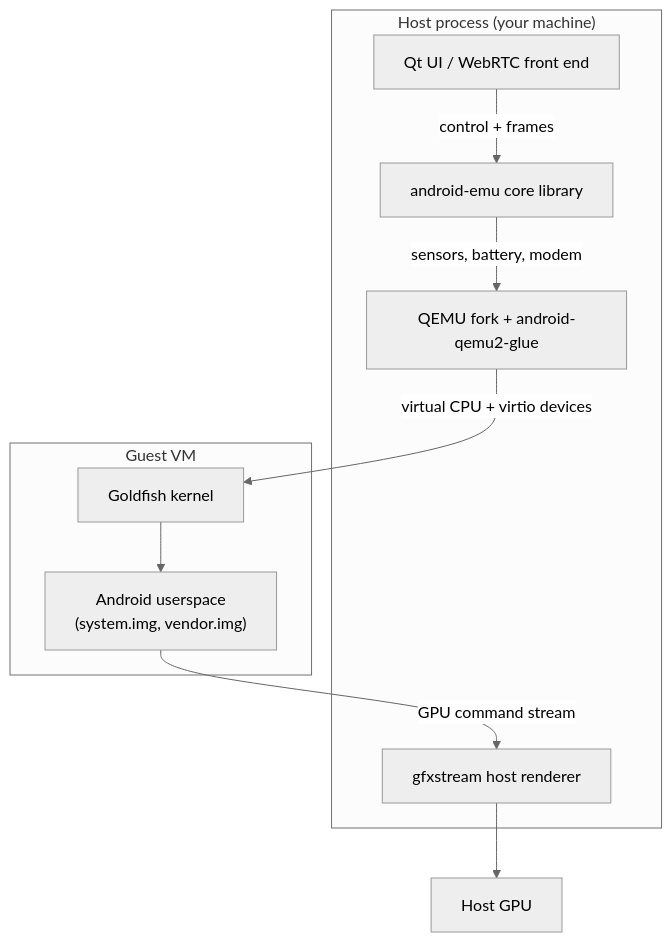
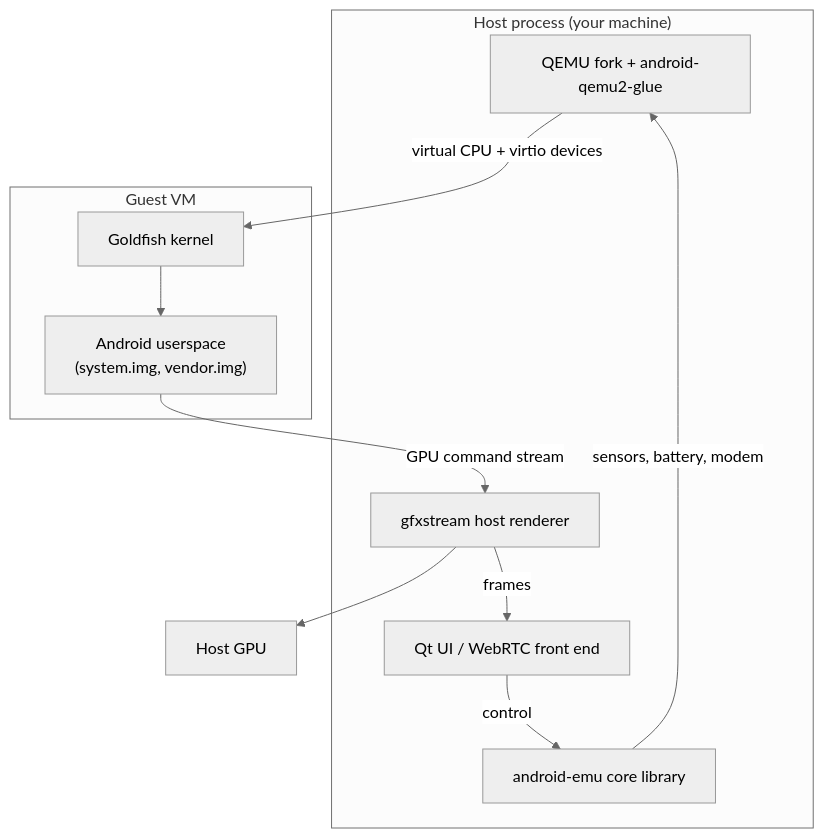
One commit to aospbooks/android-emulator-internal-book changed the first of 8 diagrams in 01-introduction.md. Above: the diagram before and after it, drawn with Mermaid (neutral theme). The commit also changed other lines of this file and 31 other files, not shown here.

````diff
--- a/01-introduction.md
+++ b/01-introduction.md
@@ -41,20 +41,21 @@
 ```mermaid
 flowchart TB
   subgraph HOST["Host process (your machine)"]
     QEMU["QEMU fork + android-qemu2-glue"]
     AEMU["android-emu core library"]
+    UI["Qt UI / WebRTC front end"]
     GFX["gfxstream host renderer"]
-    UI["Qt UI / WebRTC front end"]
   end
   subgraph GUEST["Guest VM"]
     KERNEL["Goldfish kernel"]
     AND["Android userspace<br/>(system.img, vendor.img)"]
   end
   HGPU["Host GPU"]
   QEMU -->|"virtual CPU + virtio devices"| KERNEL
   KERNEL --> AND
   AEMU -->|"sensors, battery, modem"| QEMU
   AND -->|"GPU command stream"| GFX
   GFX --> HGPU
-  UI -->|"control + frames"| AEMU
+  GFX -->|"frames"| UI
+  UI -->|"control"| AEMU
 ```
````
